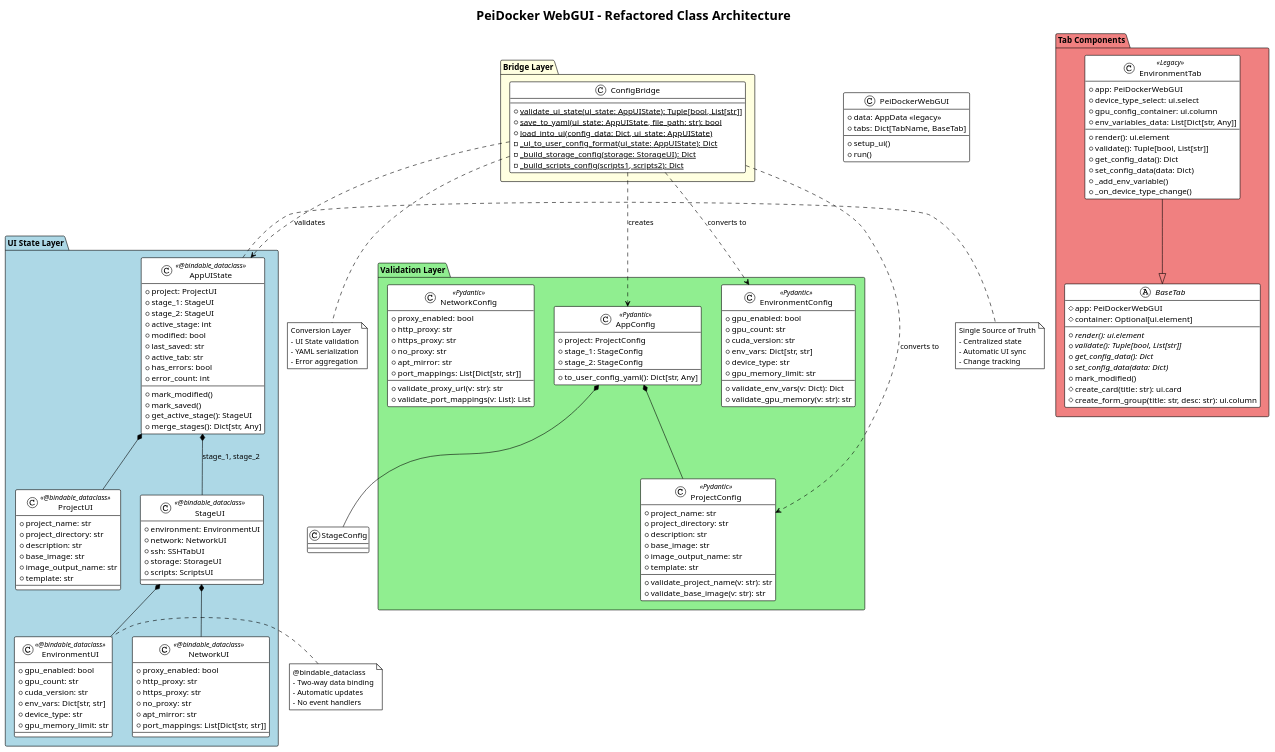
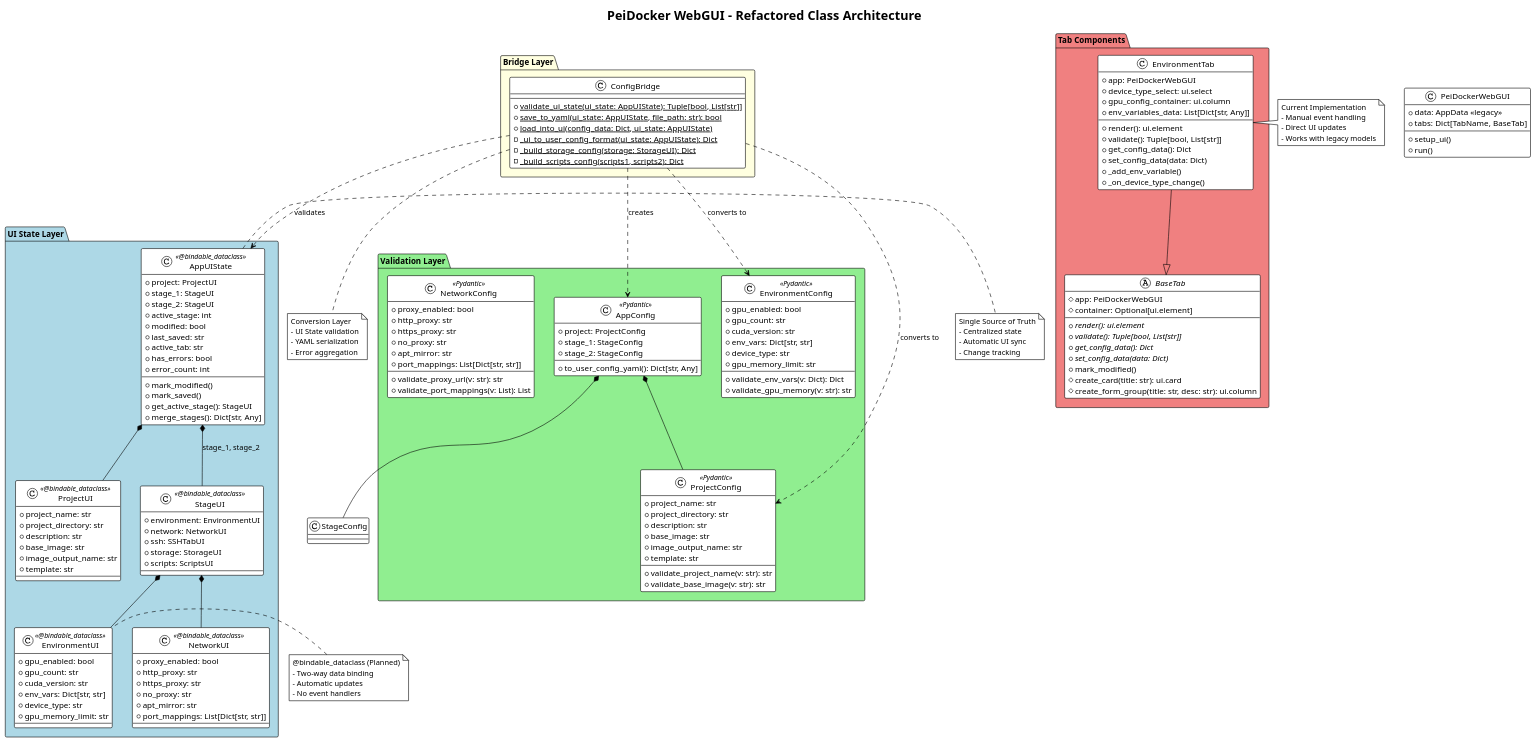
The diagram in context/design/arch-webgui/class-diagram.puml (igamenovoer/PeiDocker), drawn with PlantUML before and after one commit. The commit also changed 1 other file, not shown here.

Commit message:
fix(docs): remove incorrect "Legacy" label from EnvironmentTab in class diagram
The EnvironmentTab was incorrectly labeled as "Legacy" when it's actually the
current, working implementation that follows the same pattern as all other tabs.

Changes:
- Remove "Legacy" stereotype from EnvironmentTab class
- Add clarifying note showing it's the "Current Implementation"
- Update EnvironmentUI note to show bindable_dataclass as "(Planned)"

All current tabs (ProjectTab, SSHTab, NetworkTab, EnvironmentTab, StorageTab,
ScriptsTab, SummaryTab) use the same architecture and are the active production
implementation. The reactive/Pydantic architecture is a design proposal for
future improvement, not a completed implementation.

🤖 Generated with [Claude Code](https://claude.ai/code)

```diff
--- a/context/design/arch-webgui/class-diagram.puml
+++ b/context/design/arch-webgui/class-diagram.puml
@@ -132,7 +132,7 @@
         #create_form_group(title: str, desc: str): ui.column
     }
     
-    class EnvironmentTab <<Legacy>> {
+    class EnvironmentTab {
         +app: PeiDockerWebGUI
         +device_type_select: ui.select
         +gpu_config_container: ui.column
@@ -189,10 +189,17 @@
 end note
 
 note left of EnvironmentUI
-  @bindable_dataclass
+  @bindable_dataclass (Planned)
   - Two-way data binding
   - Automatic updates
   - No event handlers
 end note
 
+note right of EnvironmentTab
+  Current Implementation
+  - Manual event handling
+  - Direct UI updates
+  - Works with legacy models
+end note
+
 @enduml
```
